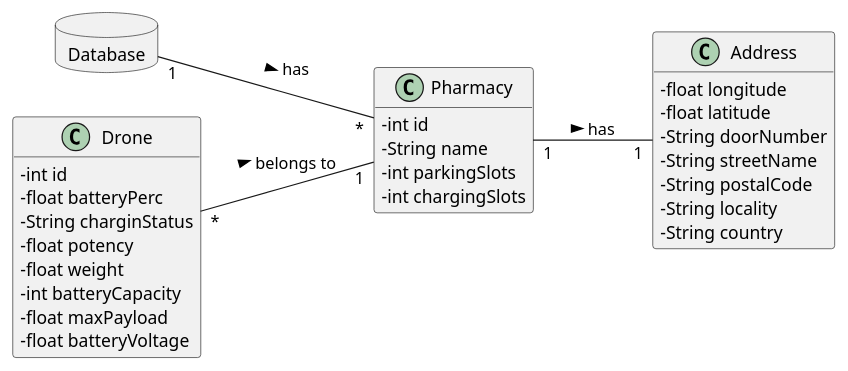
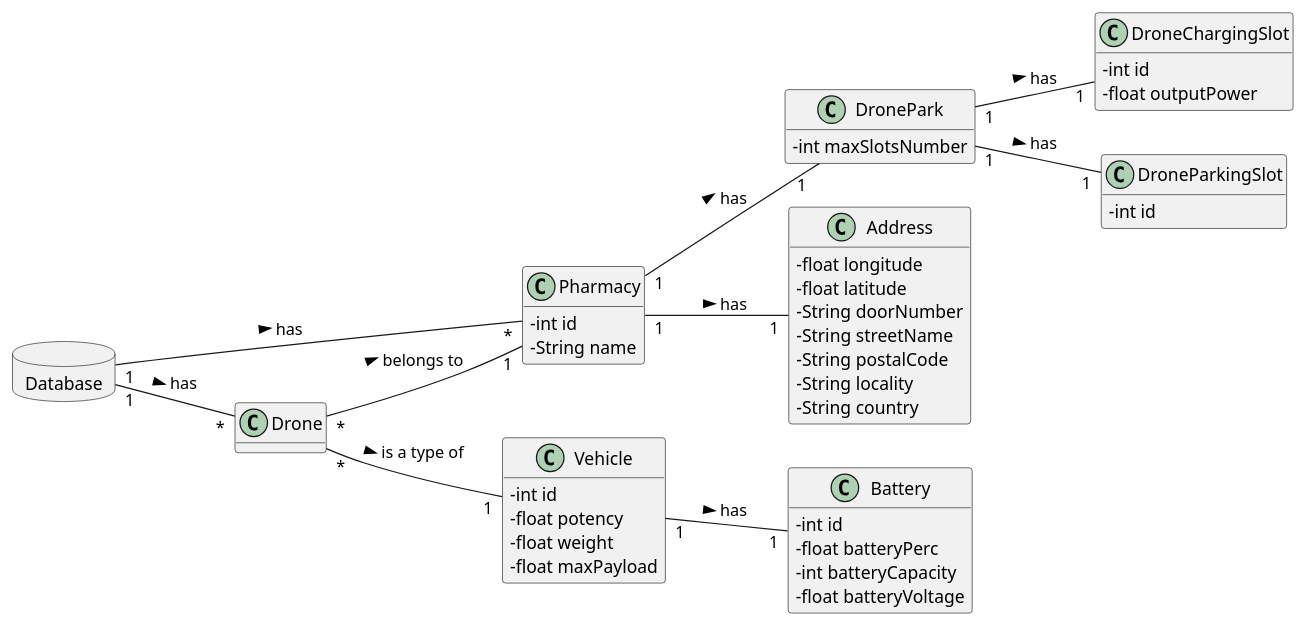
One commit to tiagoavcosta25/LAPR3 changed the diagram in docs/Iteration 2/Drone Management/US193_RegisterDrone/US193_DM.puml. Above: the diagram before and after it, drawn with PlantUML. The commit also changed 1 other file, not shown here.

Commit message:
LAPR2AP2-235 #fixing Register Drone [Analysis]

```diff
--- a/docs/Iteration 2/Drone Management/US193_RegisterDrone/US193_DM.puml
+++ b/docs/Iteration 2/Drone Management/US193_RegisterDrone/US193_DM.puml
@@ -1,42 +1,65 @@
 @startuml
 skinparam classAttributeIconSize 0
 hide methods
 left to right direction
 
 database Database {
 }
 
 class Pharmacy {
   -int id
   -String name
-  -int parkingSlots
-  -int chargingSlots
+}
+
+class DronePark{
+-   int maxSlotsNumber
+}
+
+class DroneChargingSlot{
+-   int id
+-   float outputPower
+}
+
+class DroneParkingSlot{
+-   int id
 }
 
 class Drone{
+}
+
+class Vehicle{
+  -int id
+  -float potency
+  -float weight
+  -float maxPayload
+}
+
+class Battery{
   -int id
   -float batteryPerc
-  -String charginStatus
-  -float potency
-  -float weight
   -int batteryCapacity
-  -float maxPayload
   -float batteryVoltage
 }
 
 class Address{
   -float longitude
   -float latitude
   -String doorNumber
   -String streetName
   -String postalCode
   -String locality
   -String country
 }
 
 
 
 Database "1" -- "*" Pharmacy : has >
+Database "1" -- "*" Drone : has >
 Drone "*" -- "1" Pharmacy : belongs to >
+Drone "*" -- "1" Vehicle : is a type of >
+Vehicle "1" -- "1" Battery : has >
 Pharmacy "1" -- "1" Address : has >
+Pharmacy "1" -- "1" DronePark : has >
+DronePark "1" -- "1" DroneChargingSlot : has >
+DronePark "1" -- "1" DroneParkingSlot : has >
 @enduml
```
